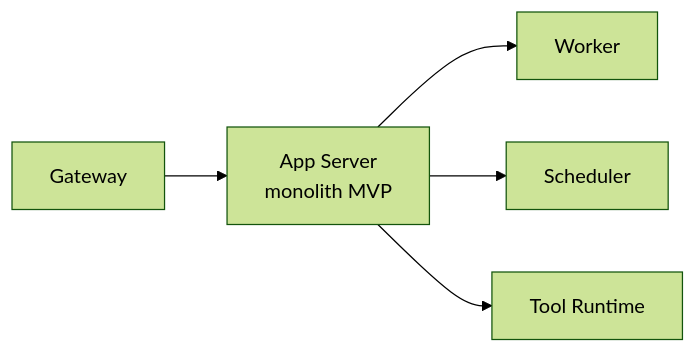
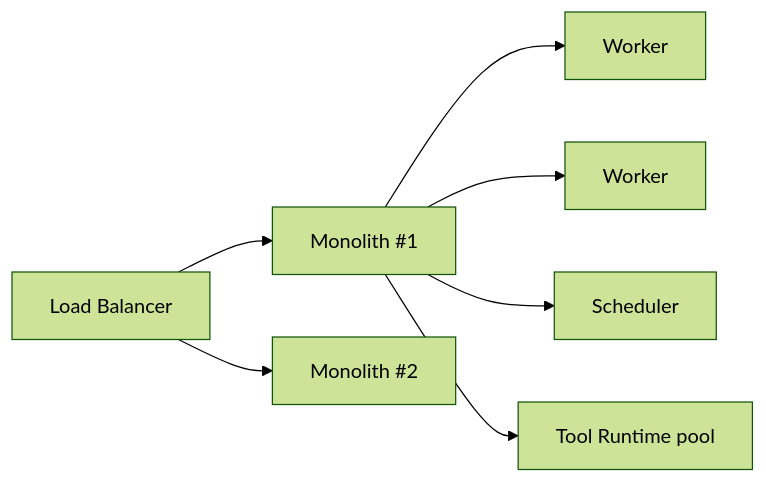
One commit to cmc-phongnd/agent-platform-docs changed the second of 3 diagrams in docs/03-architecture/01-services.md. Above: the diagram before and after it, drawn with Mermaid (forest theme). The commit also changed other lines of this file and 14 other files, not shown here.

First line of the commit message:
Rewrite docs module 02 (domain) intros + module 03 (architecture) full content

````diff
--- a/docs/03-architecture/01-services.md
+++ b/docs/03-architecture/01-services.md
@@ -11,7 +151,9 @@
 ```mermaid
 flowchart LR
-    GW[Gateway] --> APP[App Server<br/>monolith MVP]
-    APP --> WK[Worker]
-    APP --> SCHED[Scheduler]
-    APP --> TOOL[Tool Runtime]
+    LB[Load Balancer] --> M1[Monolith #1]
+    LB --> M2[Monolith #2]
+    M1 --> W1[Worker]
+    M1 --> W2[Worker]
+    M1 --> S[Scheduler]
+    M1 --> T[Tool Runtime pool]
 ```
````
